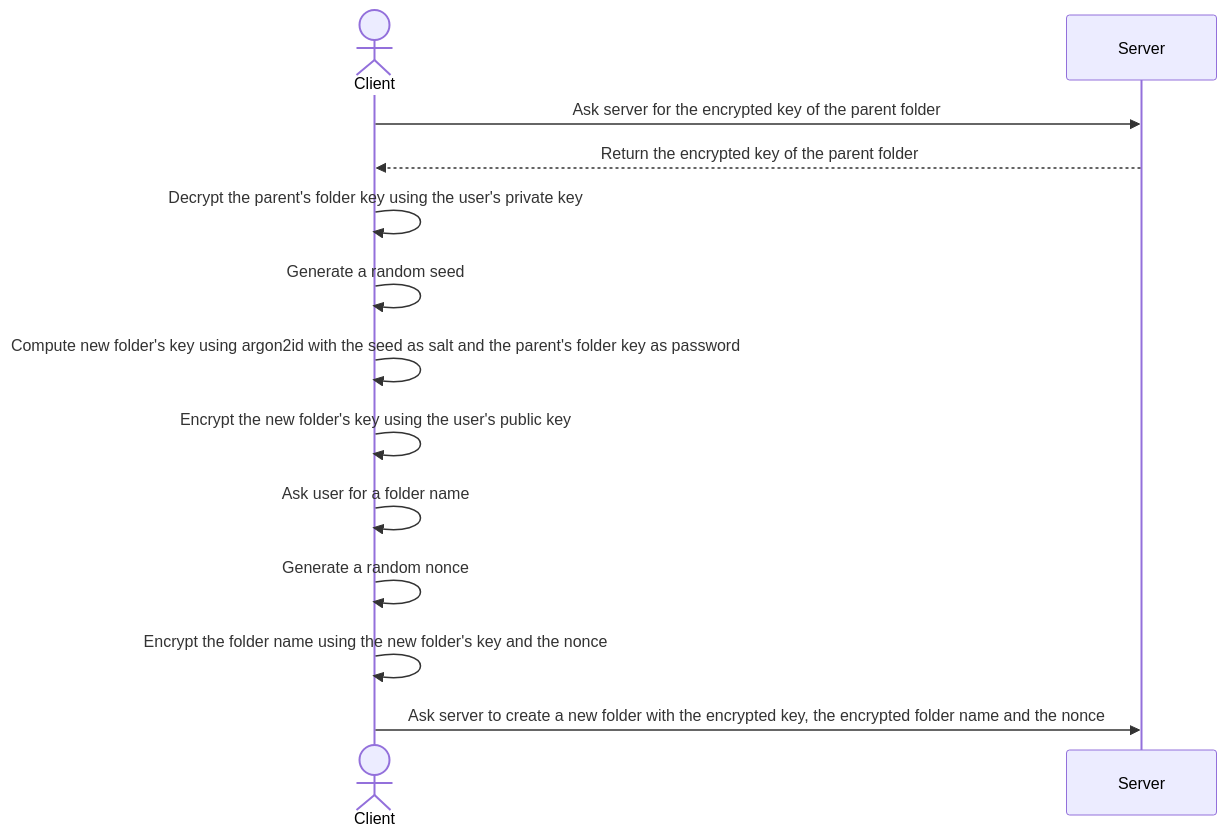
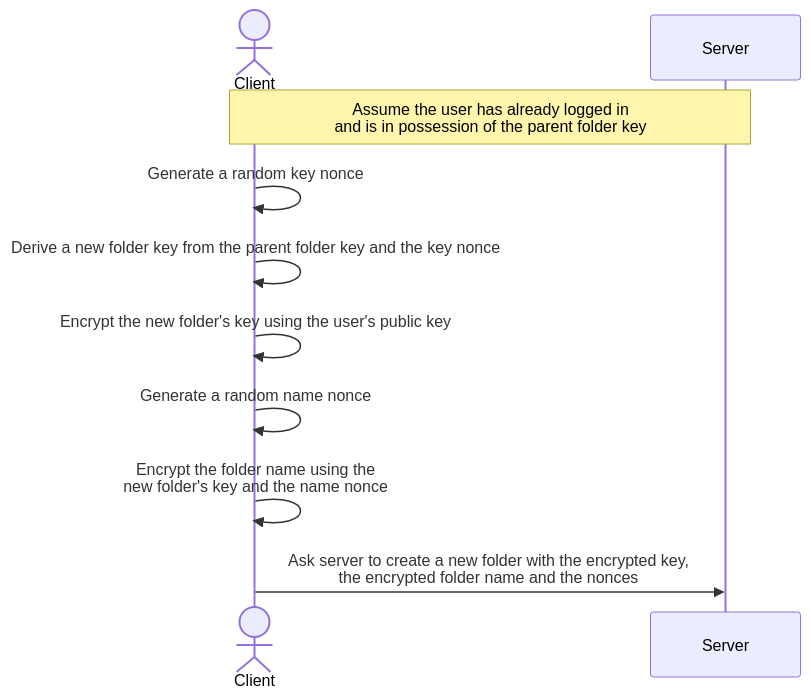
One commit to DACC4/effective-octo-system changed the diagram in doc/project_mermaid/create_subfolder.mmd. Above: the diagram before and after it, drawn with Mermaid. The commit also changed 27 other files, not shown here.

```diff
--- a/doc/project_mermaid/create_subfolder.mmd
+++ b/doc/project_mermaid/create_subfolder.mmd
@@ -1,18 +1,14 @@
 sequenceDiagram
     actor C as Client
     participant S as Server
 
-    C->>S: Ask server for the encrypted key of the parent folder
-    S-->>C: Return the encrypted key of the parent folder
+    note over C,S: Assume the user has already logged in <br> and is in possession of the parent folder key
 
-    C->>C: Decrypt the parent's folder key using the user's private key
-
-    C->>C: Generate a random seed
-    C->>C: Compute new folder's key using argon2id with the seed as salt and the parent's folder key as password
+    C->>C: Generate a random key nonce
+    C->>C: Derive a new folder key from the parent folder key and the key nonce
     C->>C: Encrypt the new folder's key using the user's public key
 
-        C->>C: Ask user for a folder name
-    C->>C: Generate a random nonce
-    C->>C: Encrypt the folder name using the new folder's key and the nonce
+    C->>C: Generate a random name nonce
+    C->>C: Encrypt the folder name using the <br> new folder's key and the name nonce
 
-    C->>S: Ask server to create a new folder with the encrypted key, the encrypted folder name and the nonce
+    C->>S: Ask server to create a new folder with the encrypted key, <br> the encrypted folder name and the nonces
```
